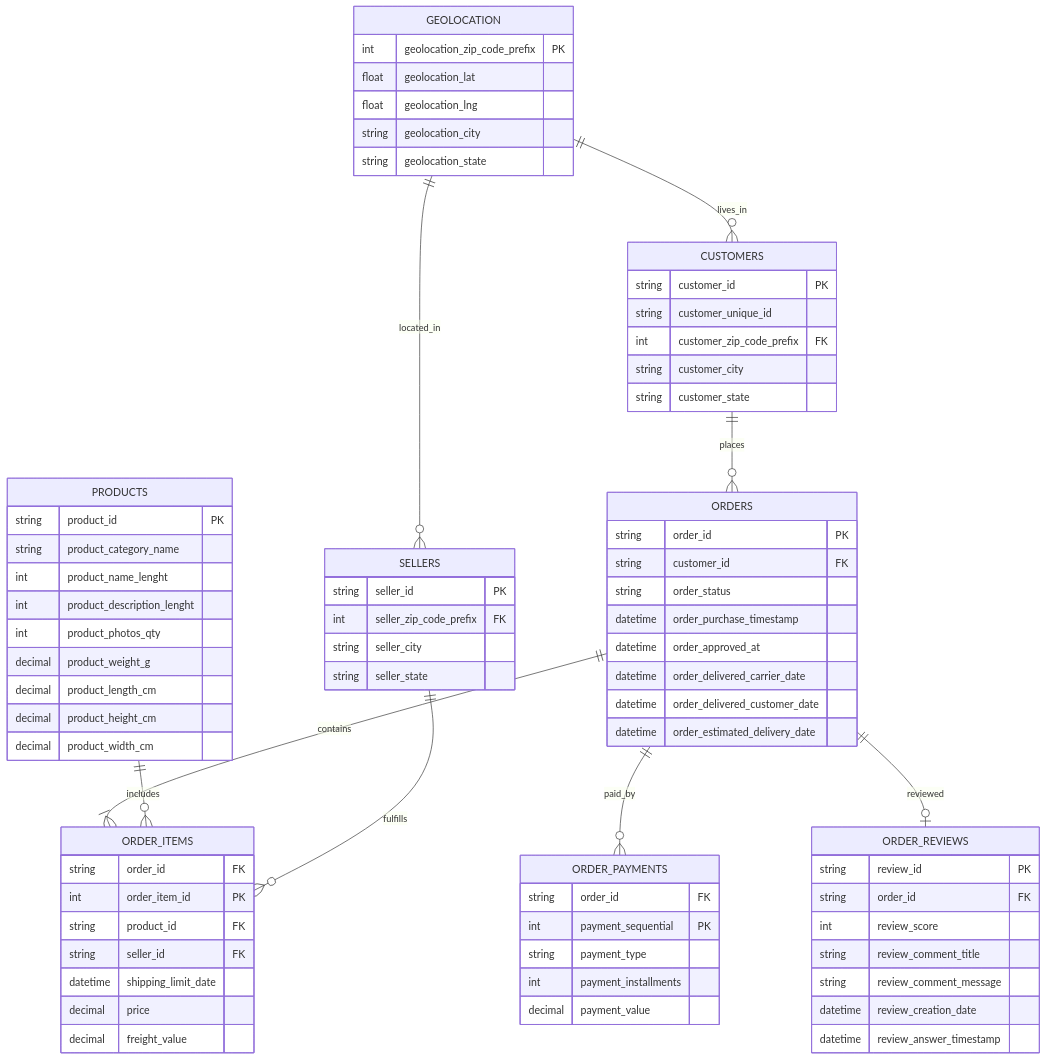
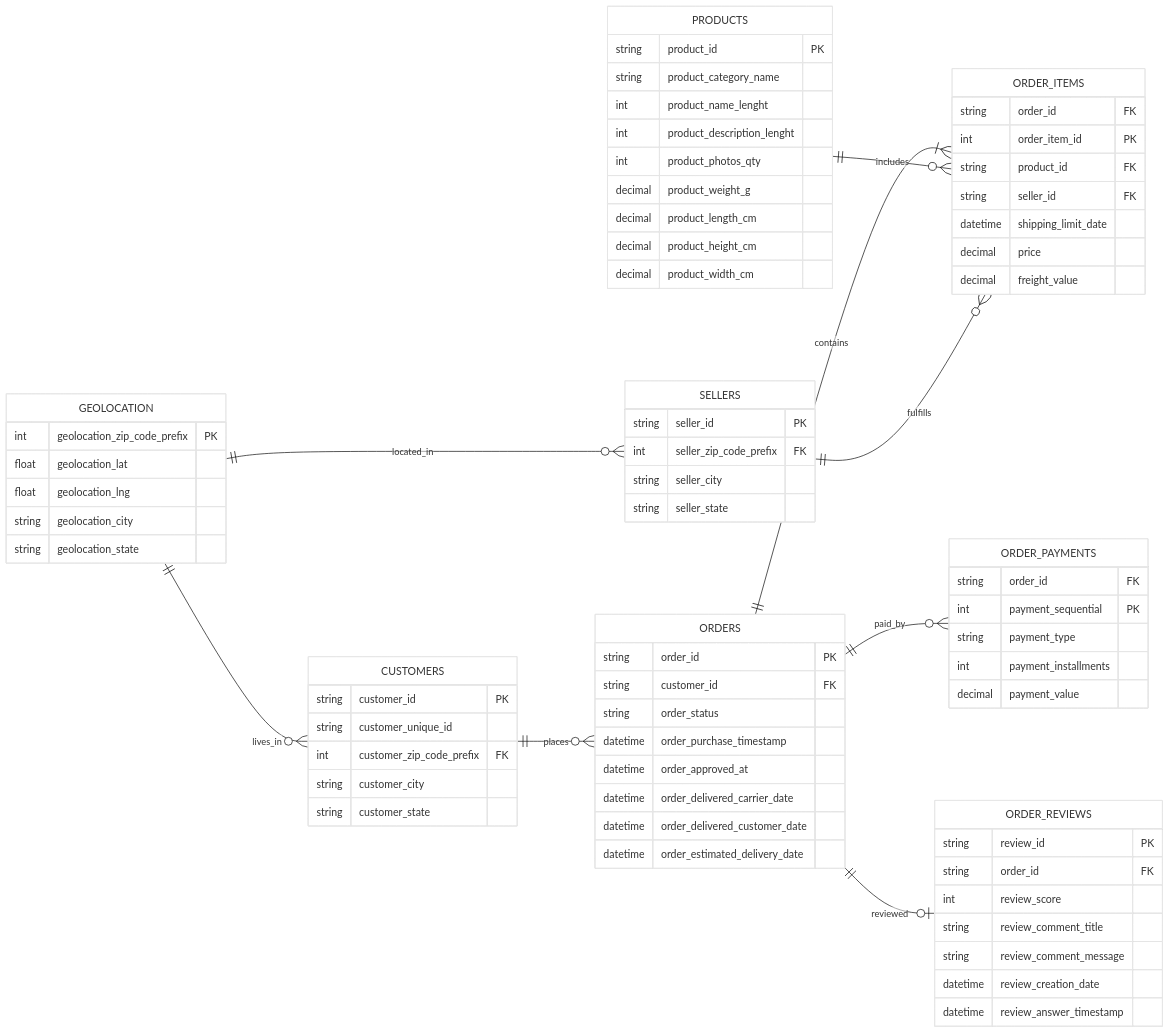
Before and after one commit to Mikeecee1/BrazilianECommerce: the diagram in SchemaERD.md, drawn with Mermaid. The commit also changed 1 other file, not shown here.

Commit message:
added ERD info etc to README

````diff
--- a/SchemaERD.md
+++ b/SchemaERD.md
@@ -141,5 +141,7 @@
 ```mermaid
+%%{init: {'theme': 'base', 'themeVariables': { 'background': '#ffffff', 'primaryColor': '#ffffff', 'secondaryColor': '#ffffff', 'tertiaryColor': '#ffffff' }}}%%
 erDiagram
+    direction LR
 
     CUSTOMERS {
         string customer_id PK
````
